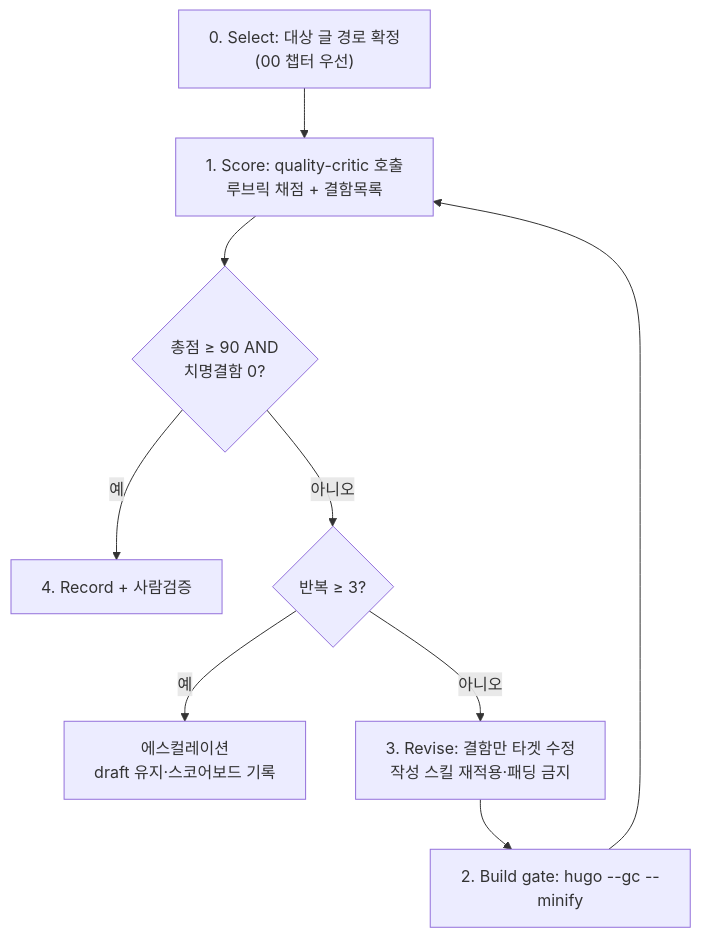
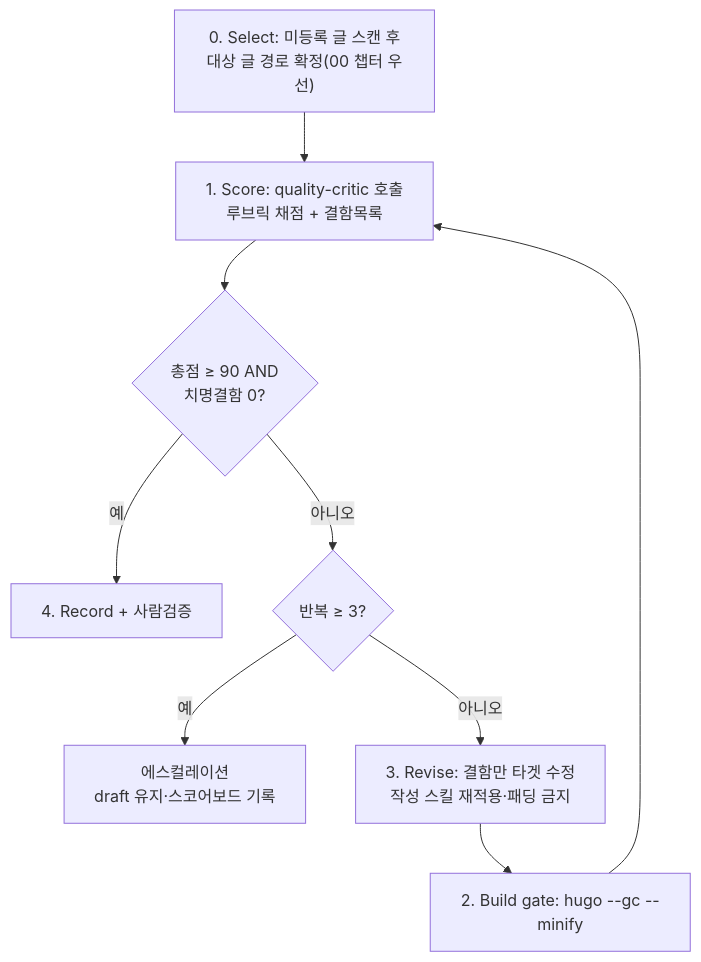
One commit to 42jerrykim/42jerrykim.github.io changed the diagram in .claude/skills/post-quality-loop/SKILL.md. Above: the diagram before and after it, drawn with Mermaid. The commit also changed other lines of this file, not shown here.

First line of the commit message:
feat: post-quality-loop 대상 선정을 매 실행 미등록 글 스캔으로 확장

````diff
--- a/.claude/skills/post-quality-loop/SKILL.md
+++ b/.claude/skills/post-quality-loop/SKILL.md
@@ -19,11 +19,11 @@
 ```mermaid
 flowchart TD
-    A["0. Select: 대상 글 경로 확정<br/>(00 챕터 우선)"] --> B["1. Score: quality-critic 호출<br/>루브릭 채점 + 결함목록"]
+    A["0. Select: 미등록 글 스캔 후<br/>대상 글 경로 확정(00 챕터 우선)"] --> B["1. Score: quality-critic 호출<br/>루브릭 채점 + 결함목록"]
     B --> C{"총점 ≥ 90 AND<br/>치명결함 0?"}
     C -->|"예"| E["4. Record + 사람검증"]
     C -->|"아니오"| D{"반복 ≥ 3?"}
     D -->|"예"| F["에스컬레이션<br/>draft 유지·스코어보드 기록"]
     D -->|"아니오"| G["3. Revise: 결함만 타겟 수정<br/>작성 스킬 재적용·패딩 금지"]
     G --> H["2. Build gate: hugo --gc --minify"]
     H --> B
 ```
````
